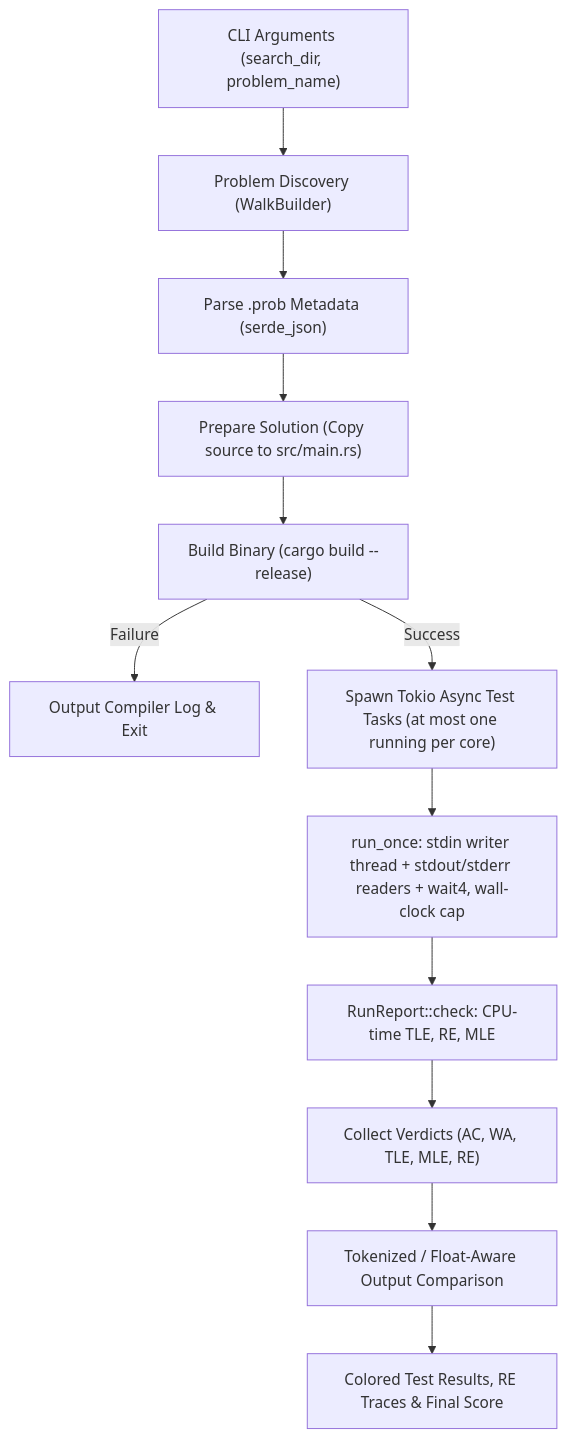
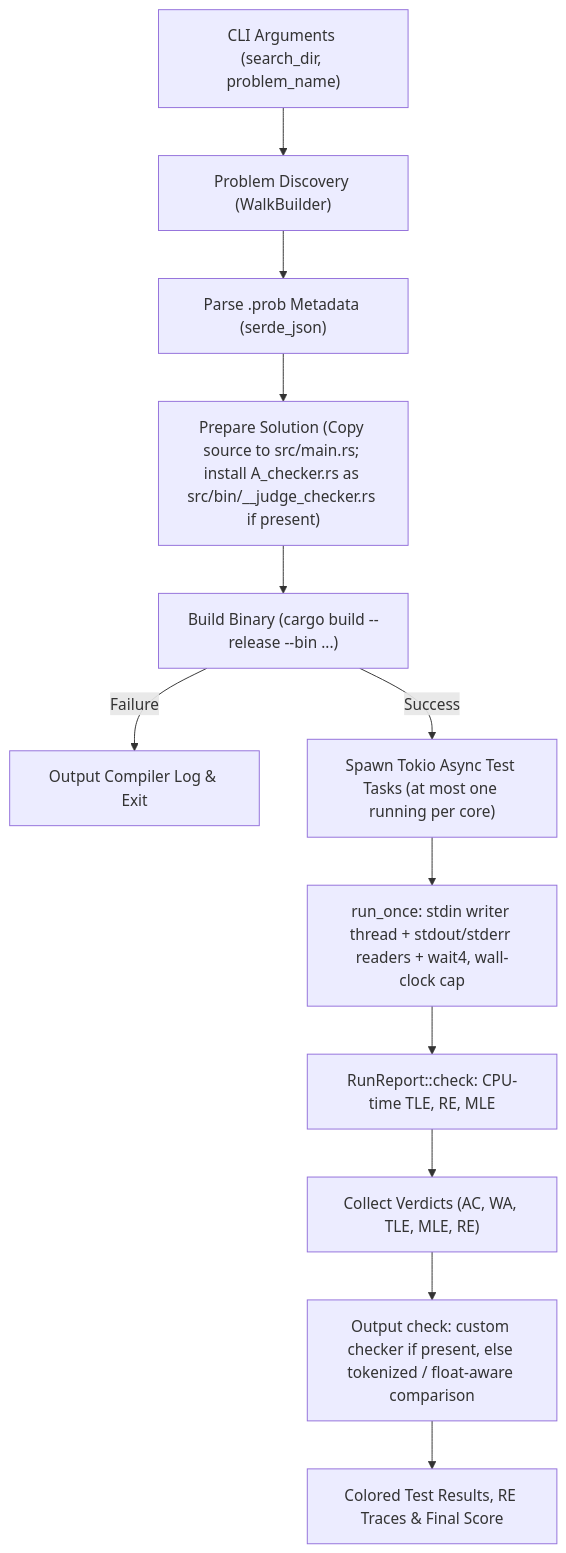
Before and after one commit to davidmiheev/cph_judge: the diagram in docs/arch.md, drawn with Mermaid. The commit also changed other lines of this file and 9 other files, not shown here.

First line of the commit message:
Add custom checkers (<solution>_checker.rs) (phase 1)

````diff
--- a/docs/arch.md
+++ b/docs/arch.md
@@ -11,14 +11,14 @@
 ```mermaid
 flowchart TD
     A["CLI Arguments (search_dir, problem_name)"] --> B["Problem Discovery (WalkBuilder)"]
     B --> C["Parse .prob Metadata (serde_json)"]
-    C --> D["Prepare Solution (Copy source to src/main.rs)"]
-    D --> E["Build Binary (cargo build --release)"]
+    C --> D["Prepare Solution (Copy source to src/main.rs; install A_checker.rs as src/bin/__judge_checker.rs if present)"]
+    D --> E["Build Binary (cargo build --release --bin ...)"]
     E -- Failure --> F["Output Compiler Log & Exit"]
     E -- Success --> G["Spawn Tokio Async Test Tasks (at most one running per core)"]
     G --> H["run_once: stdin writer thread + stdout/stderr readers + wait4, wall-clock cap"]
     H --> H2["RunReport::check: CPU-time TLE, RE, MLE"]
     H2 --> I["Collect Verdicts (AC, WA, TLE, MLE, RE)"]
-    I --> J["Tokenized / Float-Aware Output Comparison"]
+    I --> J["Output check: custom checker if present, else tokenized / float-aware comparison"]
     J --> K["Colored Test Results, RE Traces & Final Score"]
 ```
````
